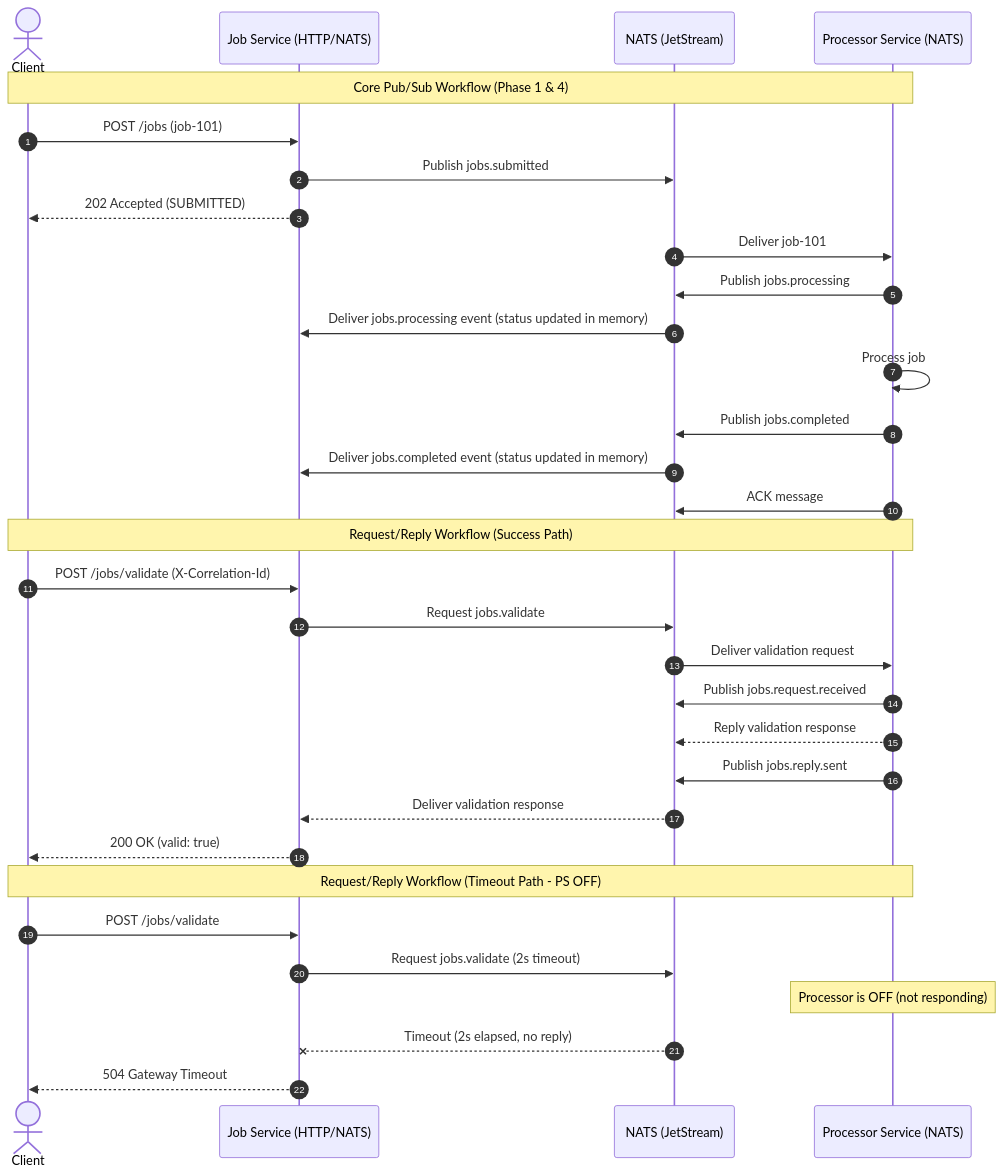
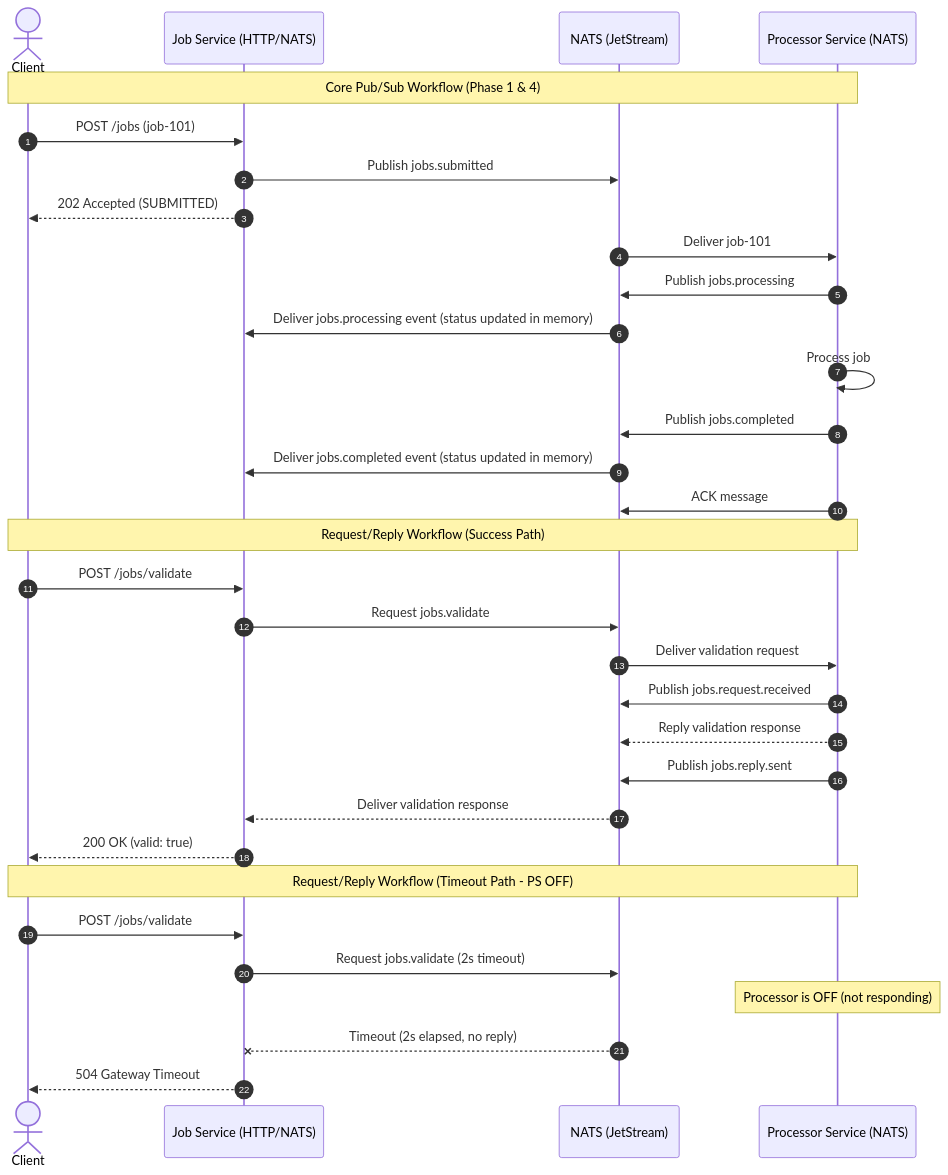
One commit to hemanthkumar2k19/nats-demo changed the diagram in docs/api-spec.md. Above: the diagram before and after it, drawn with Mermaid. The commit also changed other lines of this file and 24 other files, not shown here.

````diff
--- a/docs/api-spec.md
+++ b/docs/api-spec.md
@@ -464,37 +454,37 @@
 ```mermaid
 sequenceDiagram
     autonumber
     actor Client
     participant JS as Job Service (HTTP/NATS)
     participant NATS as NATS (JetStream)
     participant PS as Processor Service (NATS)
 
     Note over Client, PS: Core Pub/Sub Workflow (Phase 1 & 4)
     Client->>JS: POST /jobs (job-101)
     JS->>NATS: Publish jobs.submitted
     JS-->>Client: 202 Accepted (SUBMITTED)
     NATS->>PS: Deliver job-101
     PS->>NATS: Publish jobs.processing
     NATS->>JS: Deliver jobs.processing event (status updated in memory)
     PS->>PS: Process job
     PS->>NATS: Publish jobs.completed
     NATS->>JS: Deliver jobs.completed event (status updated in memory)
     PS->>NATS: ACK message
 
     Note over Client, PS: Request/Reply Workflow (Success Path)
-    Client->>JS: POST /jobs/validate (X-Correlation-Id)
+    Client->>JS: POST /jobs/validate
     JS->>NATS: Request jobs.validate
     NATS->>PS: Deliver validation request
     PS->>NATS: Publish jobs.request.received
     PS-->>NATS: Reply validation response
     PS->>NATS: Publish jobs.reply.sent
     NATS-->>JS: Deliver validation response
     JS-->>Client: 200 OK (valid: true)
 
     Note over Client, PS: Request/Reply Workflow (Timeout Path - PS OFF)
     Client->>JS: POST /jobs/validate
     JS->>NATS: Request jobs.validate (2s timeout)
     Note over PS: Processor is OFF (not responding)
     NATS--xJS: Timeout (2s elapsed, no reply)
     JS-->>Client: 504 Gateway Timeout
 ```
````
